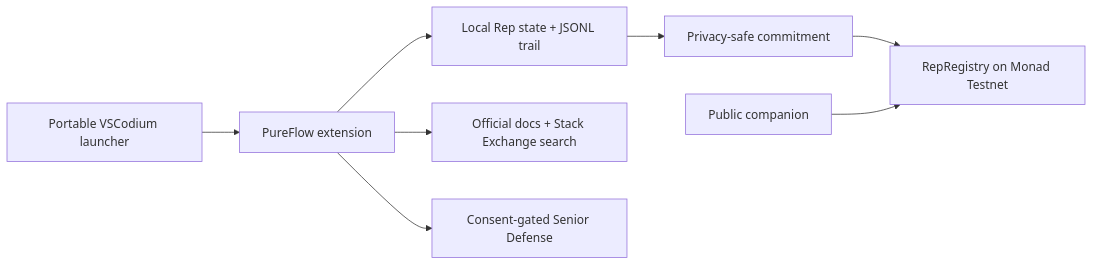
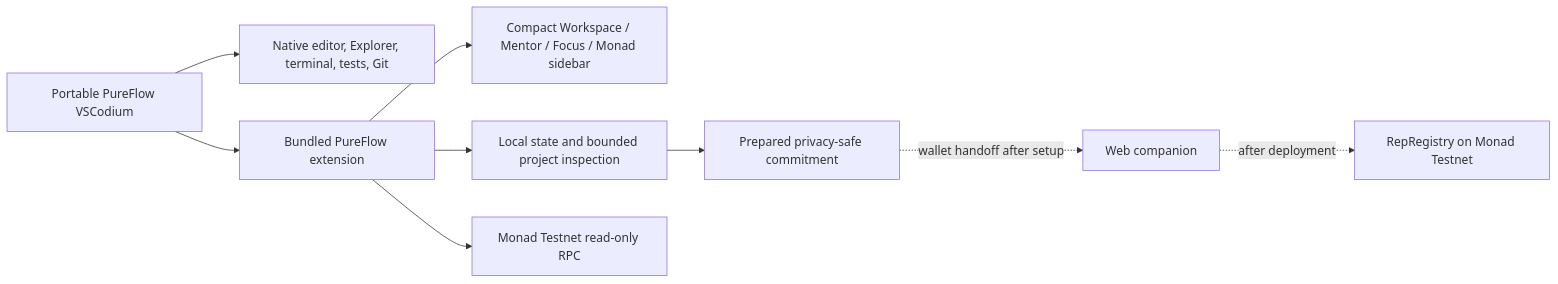
Before and after one commit to yava-code/PureFlow: the diagram in README.md, drawn with Mermaid. The commit also changed other lines of this file and 12 other files, not shown here.

````diff
--- a/README.md
+++ b/README.md
@@ -76,10 +103,11 @@
 ```mermaid
 flowchart LR
-  L["Portable VSCodium launcher"] --> E["PureFlow extension"]
-  E --> S["Local Rep state + JSONL trail"]
-  E --> K["Official docs + Stack Exchange search"]
-  E --> D["Consent-gated Senior Defense"]
-  S --> C["Privacy-safe commitment"]
-  C --> M["RepRegistry on Monad Testnet"]
-  W["Public companion"] --> M
+  D["Portable PureFlow VSCodium"] --> N["Native editor, Explorer, terminal, tests, Git"]
+  D --> E["Bundled PureFlow extension"]
+  E --> S["Compact Workspace / Mentor / Focus / Monad sidebar"]
+  E --> L["Local state and bounded project inspection"]
+  E --> R["Monad Testnet read-only RPC"]
+  L --> P["Prepared privacy-safe commitment"]
+  P -. "wallet handoff after setup" .-> W["Web companion"]
+  W -. "after deployment" .-> C["RepRegistry on Monad Testnet"]
 ```
````
